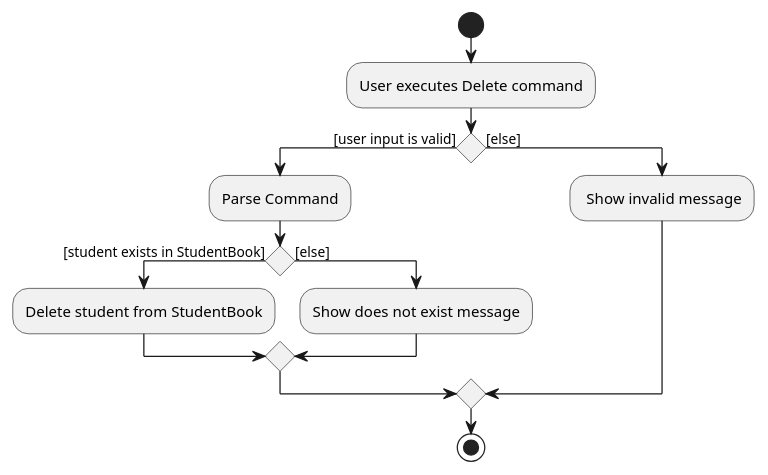
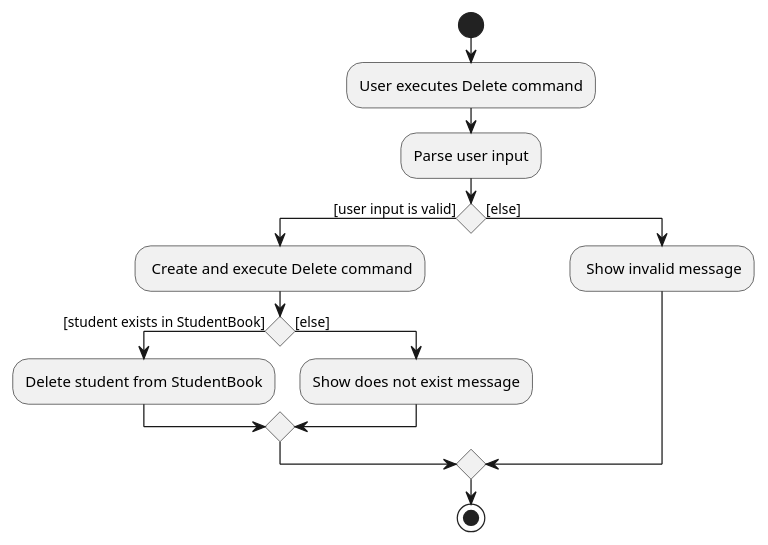
Before and after one commit to nus-cs2103-AY2021S2/tp: the diagram in docs/diagrams/DeleteStudentActivityDiagram.puml, drawn with PlantUML.

Commit message:
Fix UML Diagram for DeleteCommand

```diff
--- a/docs/diagrams/DeleteStudentActivityDiagram.puml
+++ b/docs/diagrams/DeleteStudentActivityDiagram.puml
@@ -1,19 +1,19 @@
 @startuml
 start
 :User executes Delete command;
-
+:Parse user input;
 'Since the beta syntax does not support placing the condition outside the
 'diamond we place it as the true branch instead.
 
 if () then ([user input is valid])
-    :Parse Command;
+    : Create and execute Delete command;
     if () then ([student exists in StudentBook])
         :Delete student from StudentBook;
     else ([else])
         :Show does not exist message;
     endif
 else ([else])
     : Show invalid message;
 endif
 stop
 @enduml
```
